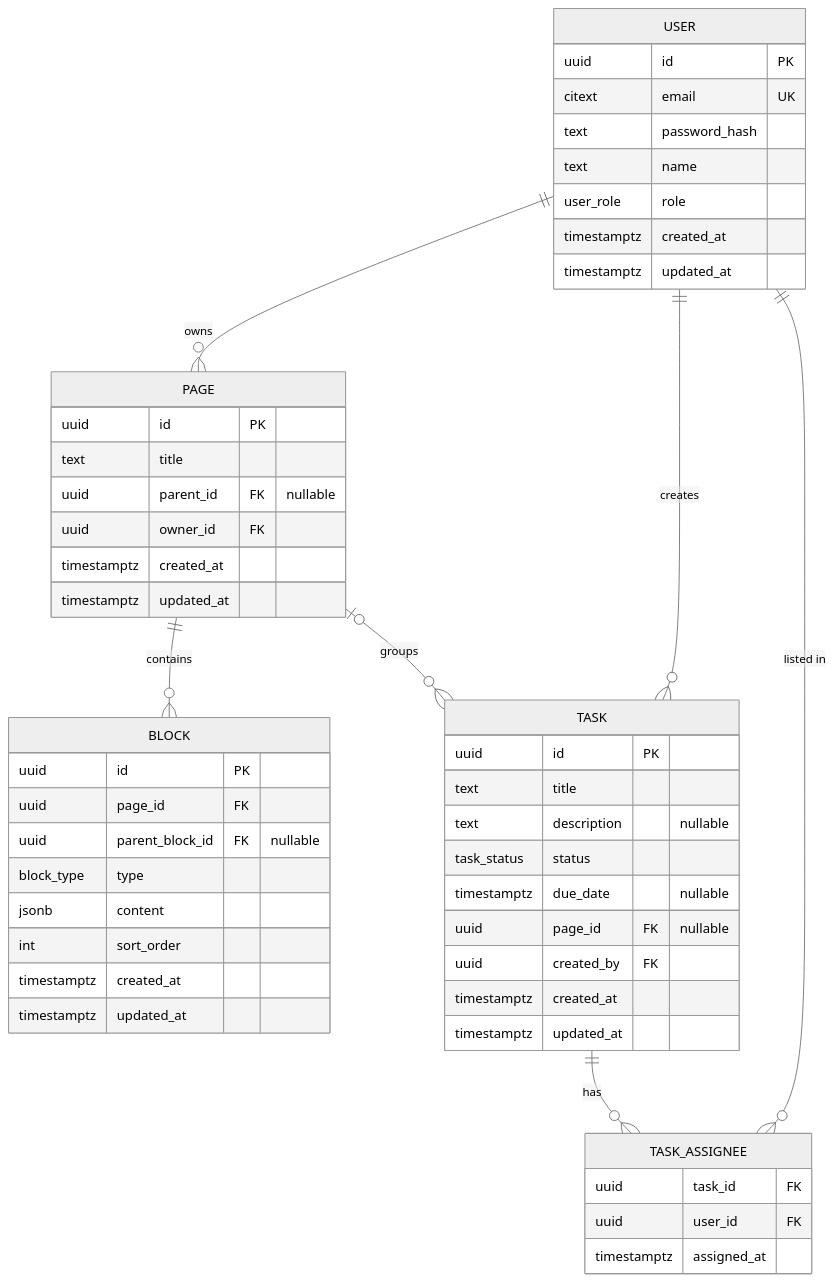
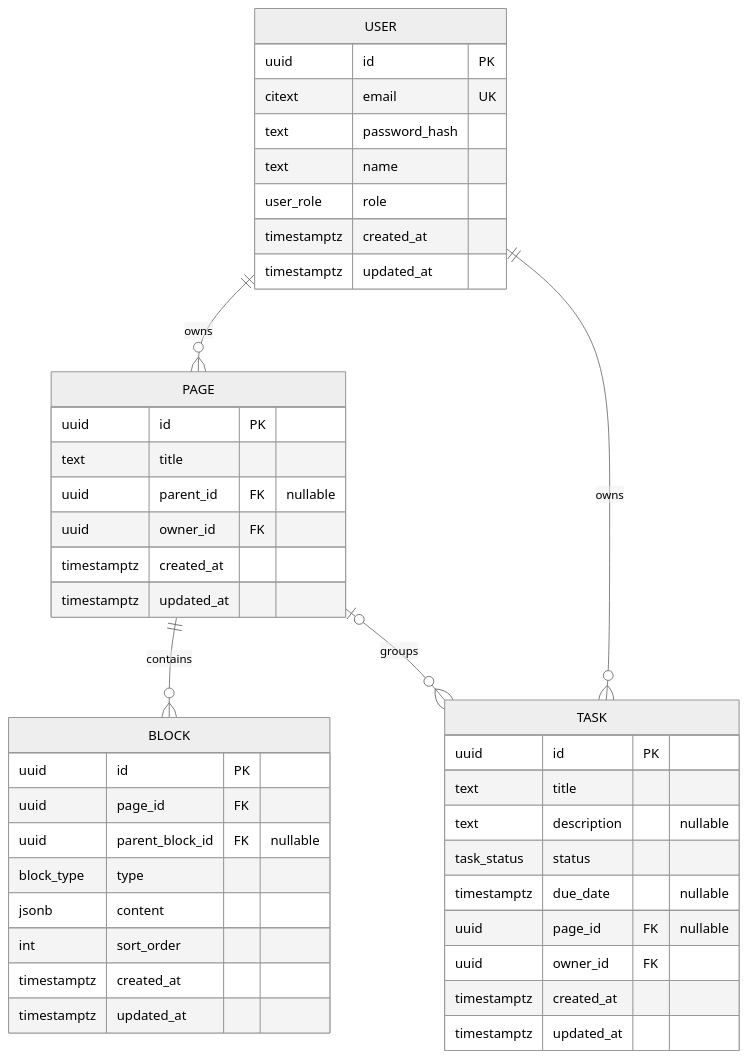
The first of 2 diagrams in docs/database-schema.md (itbooster-project-group/lite-notion), drawn with Mermaid (neutral theme) before and after one commit. The commit also changed other lines of this file and 5 other files, not shown here.

````diff
--- a/docs/database-schema.md
+++ b/docs/database-schema.md
@@ -9,53 +9,46 @@
 ```mermaid
 erDiagram
     USER ||--o{ PAGE : owns
-    USER ||--o{ TASK : creates
-    USER ||--o{ TASK_ASSIGNEE : "listed in"
-    TASK ||--o{ TASK_ASSIGNEE : has
+    USER ||--o{ TASK : owns
     PAGE ||--o{ BLOCK : contains
     PAGE |o--o{ TASK : groups
 
     USER {
         uuid id PK
         citext email UK
         text password_hash
         text name
         user_role role
         timestamptz created_at
         timestamptz updated_at
     }
     PAGE {
         uuid id PK
         text title
         uuid parent_id FK "nullable"
         uuid owner_id FK
         timestamptz created_at
         timestamptz updated_at
     }
     BLOCK {
         uuid id PK
         uuid page_id FK
         uuid parent_block_id FK "nullable"
         block_type type
         jsonb content
         int sort_order
         timestamptz created_at
         timestamptz updated_at
     }
     TASK {
         uuid id PK
         text title
         text description "nullable"
         task_status status
         timestamptz due_date "nullable"
         uuid page_id FK "nullable"
-        uuid created_by FK
+        uuid owner_id FK
         timestamptz created_at
         timestamptz updated_at
     }
-    TASK_ASSIGNEE {
-        uuid task_id FK
-        uuid user_id FK
-        timestamptz assigned_at
-    }
 ```
````
